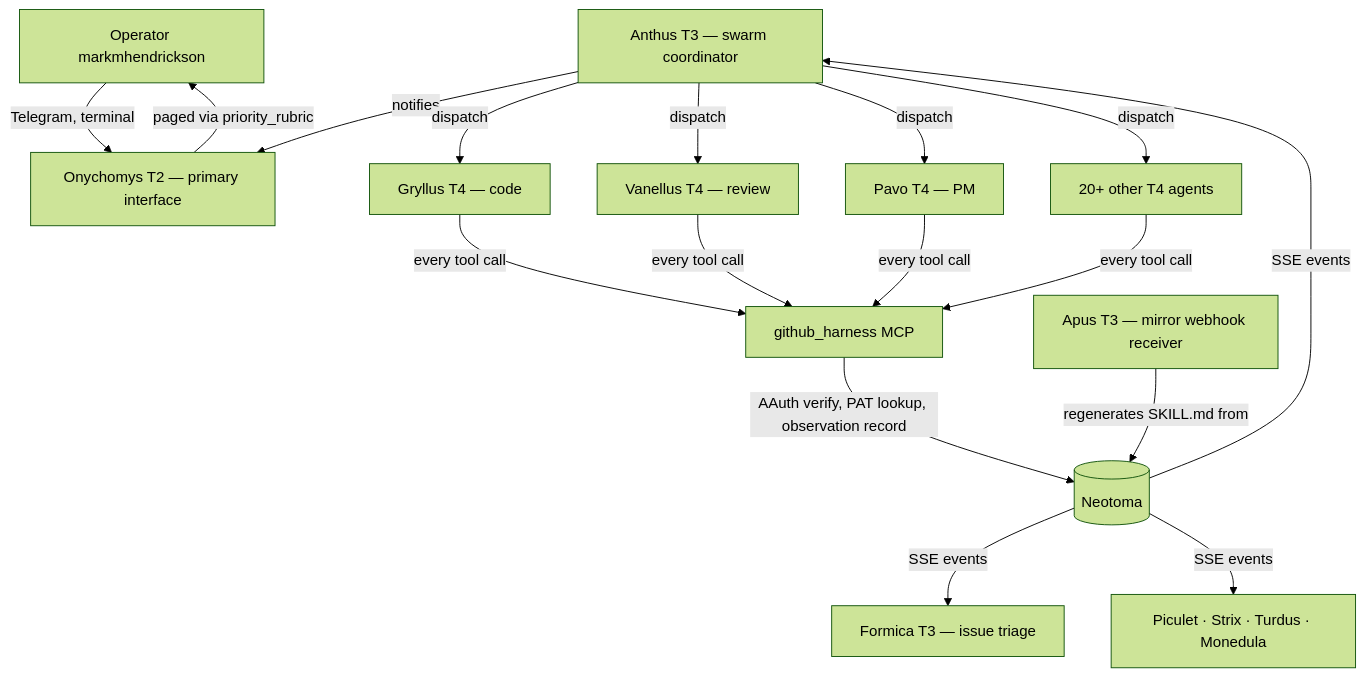
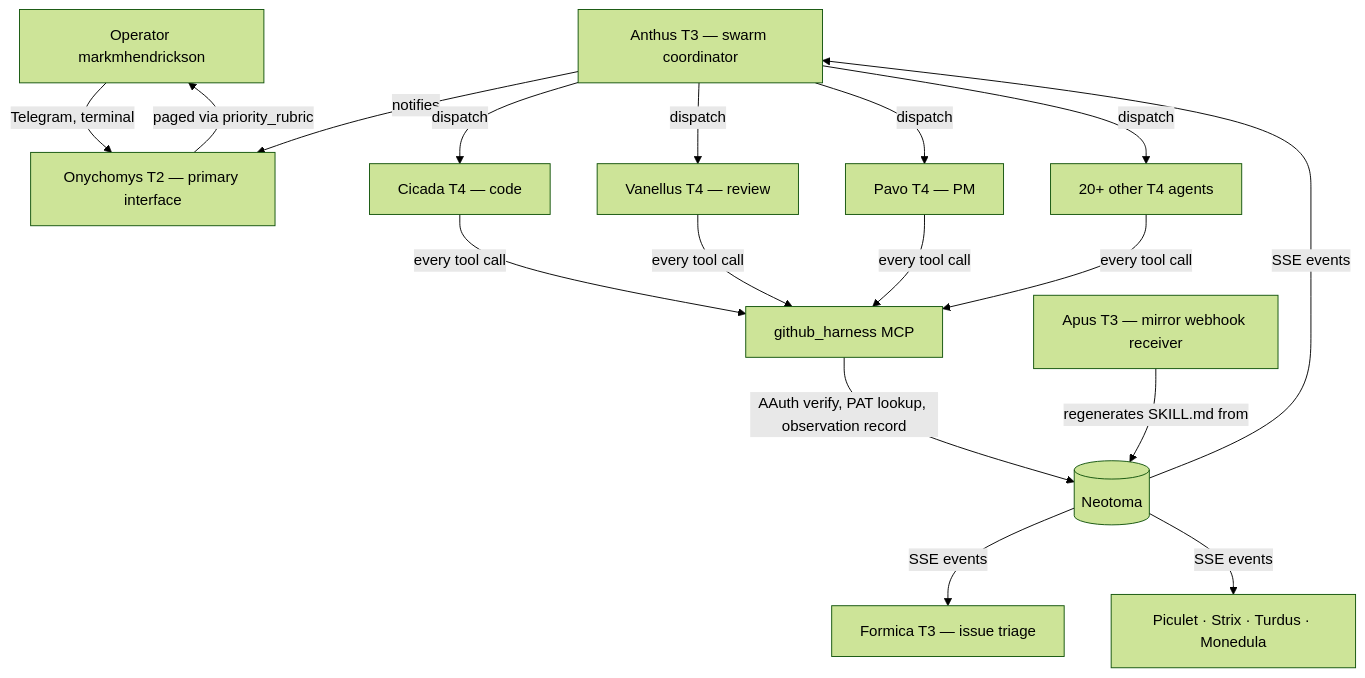
The diagram in README.md (markmhendrickson/ateles), drawn with Mermaid (forest theme) before and after one commit. The commit also changed other lines of this file and 26 other files, not shown here.

````diff
--- a/README.md
+++ b/README.md
@@ -33,16 +33,16 @@
 ```mermaid
 graph TB
   Operator[Operator markmhendrickson] -->|Telegram, terminal| Onychomys
   Onychomys[Onychomys T2 — primary interface] -->|paged via priority_rubric| Operator
   Anthus[Anthus T3 — swarm coordinator] -->|notifies| Onychomys
-  Anthus -->|dispatch| Gryllus[Gryllus T4 — code]
+  Anthus -->|dispatch| Cicada[Cicada T4 — code]
   Anthus -->|dispatch| Vanellus[Vanellus T4 — review]
   Anthus -->|dispatch| Pavo[Pavo T4 — PM]
   Anthus -->|dispatch| Others[20+ other T4 agents]
-  Gryllus & Vanellus & Pavo & Others -->|every tool call| Harness[github_harness MCP]
+  Cicada & Vanellus & Pavo & Others -->|every tool call| Harness[github_harness MCP]
   Harness -->|AAuth verify, PAT lookup, observation record| Neotoma[(Neotoma)]
   Apus[Apus T3 — mirror webhook receiver] -->|regenerates SKILL.md from| Neotoma
   Neotoma -->|SSE events| Anthus
   Neotoma -->|SSE events| Formica[Formica T3 — issue triage]
   Neotoma -->|SSE events| Other_Daemons[Piculet · Strix · Turdus · Monedula]
 ```
````
